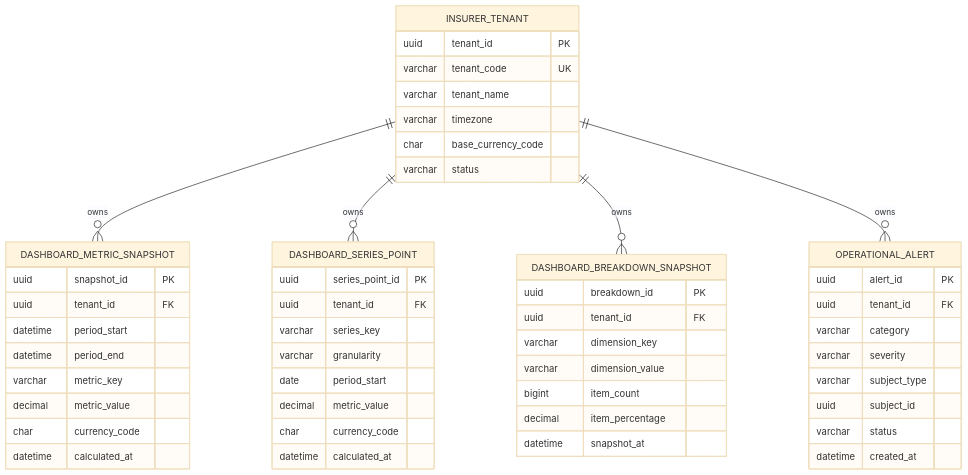
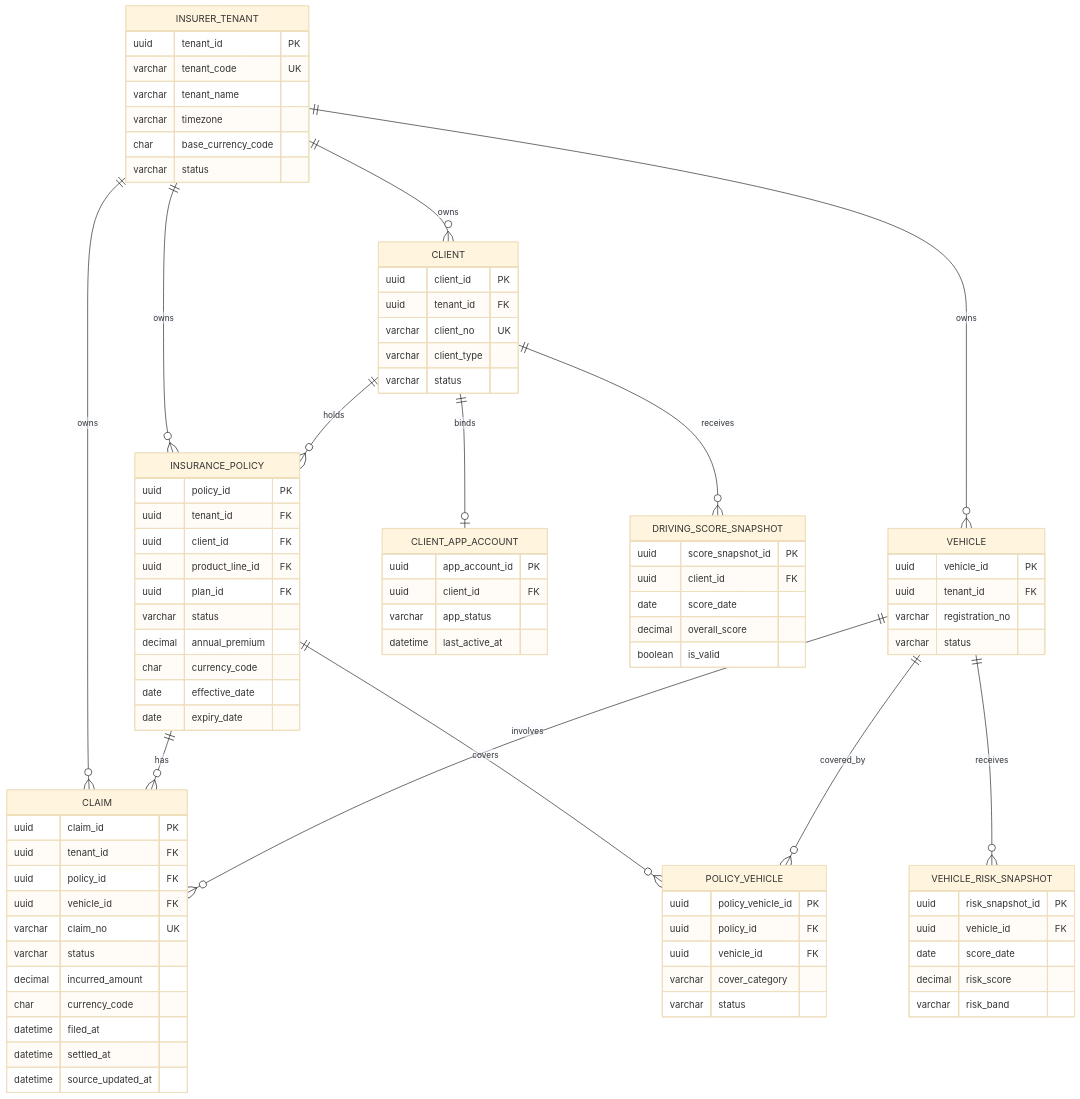
Before and after one commit to daisyhmj/roadtrust-prd: the fourth of 14 diagrams in insurance-config-system-development-spec.md, drawn with Mermaid (base theme). The commit also changed other lines of this file, not shown here.

````diff
--- a/insurance-config-system-development-spec.md
+++ b/insurance-config-system-development-spec.md
@@ -280,9 +290,17 @@
 ```mermaid
 erDiagram
-    INSURER_TENANT ||--o{ DASHBOARD_METRIC_SNAPSHOT : owns
-    INSURER_TENANT ||--o{ DASHBOARD_SERIES_POINT : owns
-    INSURER_TENANT ||--o{ DASHBOARD_BREAKDOWN_SNAPSHOT : owns
-    INSURER_TENANT ||--o{ OPERATIONAL_ALERT : owns
+    INSURER_TENANT ||--o{ CLIENT : owns
+    INSURER_TENANT ||--o{ VEHICLE : owns
+    INSURER_TENANT ||--o{ INSURANCE_POLICY : owns
+    INSURER_TENANT ||--o{ CLAIM : owns
+    CLIENT ||--o| CLIENT_APP_ACCOUNT : binds
+    CLIENT ||--o{ DRIVING_SCORE_SNAPSHOT : receives
+    CLIENT ||--o{ INSURANCE_POLICY : holds
+    INSURANCE_POLICY ||--o{ POLICY_VEHICLE : covers
+    VEHICLE ||--o{ POLICY_VEHICLE : covered_by
+    VEHICLE ||--o{ VEHICLE_RISK_SNAPSHOT : receives
+    INSURANCE_POLICY ||--o{ CLAIM : has
+    VEHICLE ||--o{ CLAIM : involves
 
     INSURER_TENANT {
         uuid tenant_id PK
@@ -292,43 +310,69 @@
         char base_currency_code
         varchar status
     }
-    DASHBOARD_METRIC_SNAPSHOT {
-        uuid snapshot_id PK
+    CLIENT {
+        uuid client_id PK
         uuid tenant_id FK
-        datetime period_start
-        datetime period_end
-        varchar metric_key
-        decimal metric_value
+        varchar client_no UK
+        varchar client_type
+        varchar status
+    }
+    CLIENT_APP_ACCOUNT {
+        uuid app_account_id PK
+        uuid client_id FK
+        varchar app_status
+        datetime last_active_at
+    }
+    DRIVING_SCORE_SNAPSHOT {
+        uuid score_snapshot_id PK
+        uuid client_id FK
+        date score_date
+        decimal overall_score
+        boolean is_valid
+    }
+    VEHICLE {
+        uuid vehicle_id PK
+        uuid tenant_id FK
+        varchar registration_no
+        varchar status
+    }
+    VEHICLE_RISK_SNAPSHOT {
+        uuid risk_snapshot_id PK
+        uuid vehicle_id FK
+        date score_date
+        decimal risk_score
+        varchar risk_band
+    }
+    INSURANCE_POLICY {
+        uuid policy_id PK
+        uuid tenant_id FK
+        uuid client_id FK
+        uuid product_line_id FK
+        uuid plan_id FK
+        varchar status
+        decimal annual_premium
         char currency_code
-        datetime calculated_at
+        date effective_date
+        date expiry_date
     }
-    DASHBOARD_SERIES_POINT {
-        uuid series_point_id PK
+    POLICY_VEHICLE {
+        uuid policy_vehicle_id PK
+        uuid policy_id FK
+        uuid vehicle_id FK
+        varchar cover_category
+        varchar status
+    }
+    CLAIM {
+        uuid claim_id PK
         uuid tenant_id FK
-        varchar series_key
-        varchar granularity
-        date period_start
-        decimal metric_value
+        uuid policy_id FK
+        uuid vehicle_id FK
+        varchar claim_no UK
+        varchar status
+        decimal incurred_amount
         char currency_code
-        datetime calculated_at
-    }
-    DASHBOARD_BREAKDOWN_SNAPSHOT {
-        uuid breakdown_id PK
-        uuid tenant_id FK
-        varchar dimension_key
-        varchar dimension_value
-        bigint item_count
-        decimal item_percentage
-        datetime snapshot_at
-    }
-    OPERATIONAL_ALERT {
-        uuid alert_id PK
-        uuid tenant_id FK
-        varchar category
-        varchar severity
-        varchar subject_type
-        uuid subject_id
-        varchar status
-        datetime created_at
+        datetime filed_at
+        datetime settled_at
+        datetime source_updated_at
     }
 ```
````
